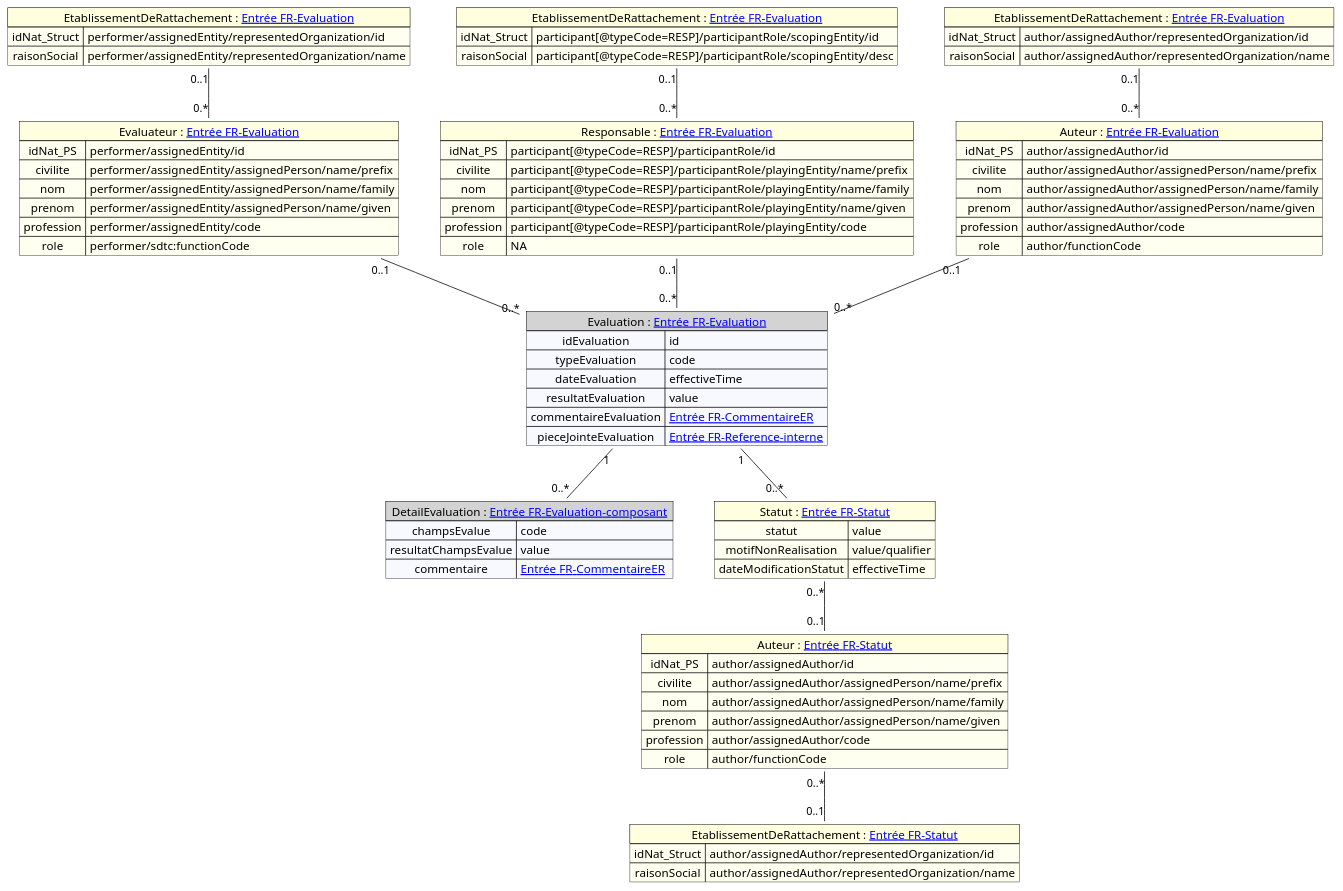
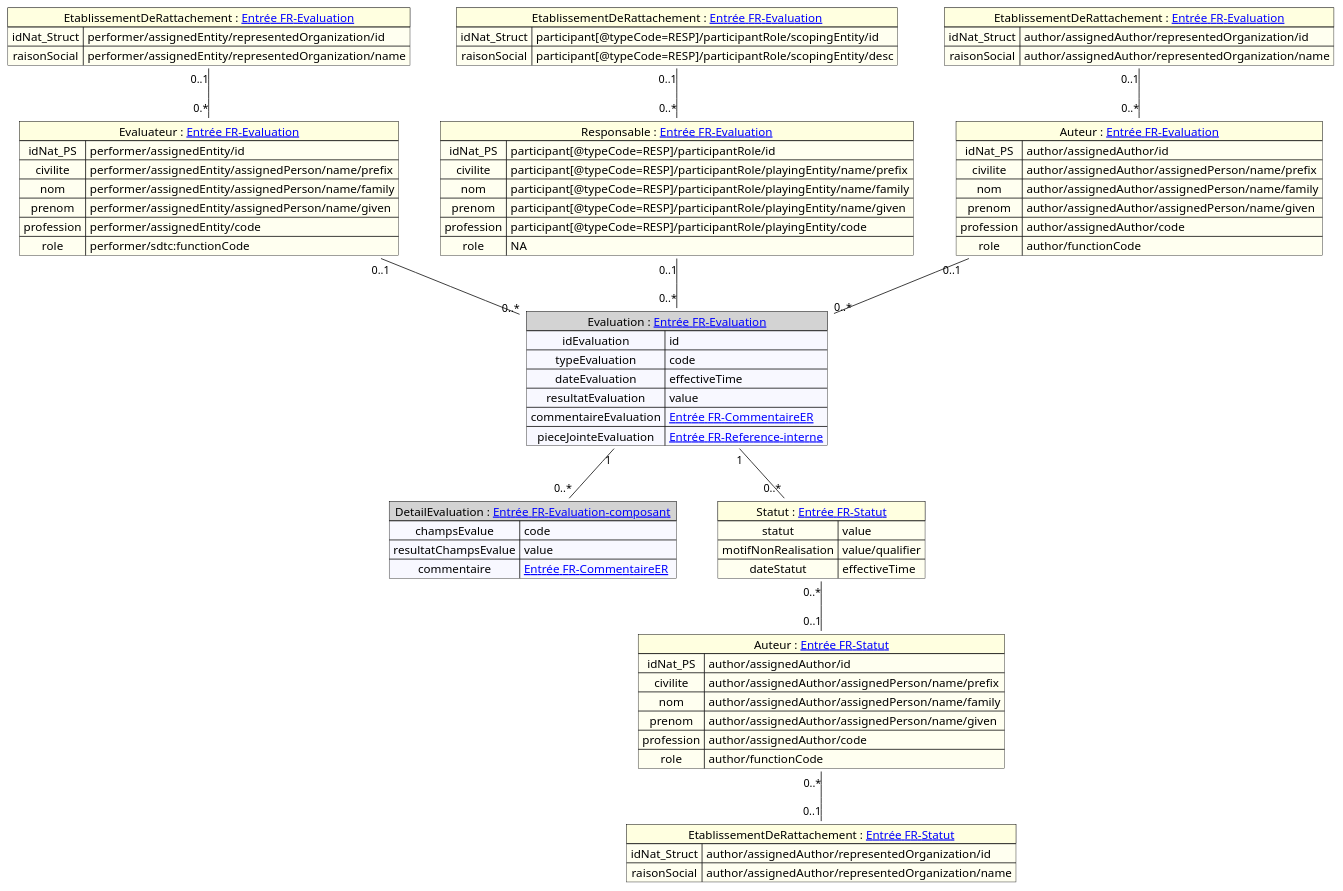
The diagram in input/images-source/mapping_evaluation.plantuml (ansforge/IG-fhir-transfert-donnees-dui-esms), drawn with PlantUML before and after one commit. The commit also changed 1 other file, not shown here.

Commit message:
Mapping_majDateStatut

```diff
--- a/input/images-source/mapping_evaluation.plantuml
+++ b/input/images-source/mapping_evaluation.plantuml
@@ -1,95 +1,95 @@
 @startuml
 
 
 map "Evaluation : [[contenu_dossier_corps_cda.html#entrée-fr-evaluation Entrée FR-Evaluation]]" as Evaluation #back:GhostWhite;header:LightGray{
     idEvaluation => id
     typeEvaluation => code
     dateEvaluation => effectiveTime
     resultatEvaluation => value
     commentaireEvaluation => [[contenu_dossier_corps_cda.html#entrée-fr-commentaire-er Entrée FR-CommentaireER]]
     pieceJointeEvaluation => [[contenu_dossier_corps_cda.html#entrée-fr-reference-interne Entrée FR-Reference-interne]]
 }
 
 
 map "DetailEvaluation : [[contenu_dossier_corps_cda.html#entrée-fr-evaluation-composant Entrée FR-Evaluation-composant]]" as DetailEvaluation #back:GhostWhite;header:LightGray{
     champsEvalue => code
     resultatChampsEvalue => value
     commentaire => [[contenu_dossier_corps_cda.html#entrée-fr-commentaire-er Entrée FR-CommentaireER]]
 }
 
 map "Evaluateur : [[contenu_dossier_corps_cda.html#entrée-fr-evaluation Entrée FR-Evaluation]]" as Evaluateur#back:Ivory;header:LightYellow {
     idNat_PS => performer/assignedEntity/id
     civilite => performer/assignedEntity/assignedPerson/name/prefix
     nom => performer/assignedEntity/assignedPerson/name/family
     prenom => performer/assignedEntity/assignedPerson/name/given
     profession => performer/assignedEntity/code
     role => performer/sdtc:functionCode
 }
 
 map "EtablissementDeRattachement : [[contenu_dossier_corps_cda.html#entrée-fr-evaluation Entrée FR-Evaluation]]" as etablissementDeRattachementEval #back:Ivory;header:LightYellow {
     idNat_Struct => performer/assignedEntity/representedOrganization/id
     raisonSocial => performer/assignedEntity/representedOrganization/name
 }
 
 map "Responsable : [[contenu_dossier_corps_cda.html#entrée-fr-evaluation Entrée FR-Evaluation]]" as Responsable#back:Ivory;header:LightYellow {
     idNat_PS => participant[@typeCode=RESP]/participantRole/id
     civilite => participant[@typeCode=RESP]/participantRole/playingEntity/name/prefix
     nom => participant[@typeCode=RESP]/participantRole/playingEntity/name/family
     prenom => participant[@typeCode=RESP]/participantRole/playingEntity/name/given
     profession => participant[@typeCode=RESP]/participantRole/playingEntity/code
     role => NA
 }
 
 map "EtablissementDeRattachement : [[contenu_dossier_corps_cda.html#entrée-fr-evaluation Entrée FR-Evaluation]]" as etablissementDeRattachementResp #back:Ivory;header:LightYellow {
     idNat_Struct => participant[@typeCode=RESP]/participantRole/scopingEntity/id
     raisonSocial => participant[@typeCode=RESP]/participantRole/scopingEntity/desc
 }
 
 map "Auteur : [[contenu_dossier_corps_cda.html#entrée-fr-evaluation Entrée FR-Evaluation]]" as Auteur#back:Ivory;header:LightYellow {
     idNat_PS => author/assignedAuthor/id
     civilite => author/assignedAuthor/assignedPerson/name/prefix
     nom => author/assignedAuthor/assignedPerson/name/family
     prenom => author/assignedAuthor/assignedPerson/name/given
     profession => author/assignedAuthor/code
     role => author/functionCode
 }
 
 map "EtablissementDeRattachement : [[contenu_dossier_corps_cda.html#entrée-fr-evaluation Entrée FR-Evaluation]]" as etablissementDeRattachementAuth #back:Ivory;header:LightYellow {
     idNat_Struct => author/assignedAuthor/representedOrganization/id
     raisonSocial => author/assignedAuthor/representedOrganization/name
 }
 
 map "Statut : [[contenu_dossier_corps_cda.html#entrée-fr-statut Entrée FR-Statut]]" as Statut #back:Ivory;header:LightYellow{
     statut => value
     motifNonRealisation => value/qualifier
-    dateModificationStatut => effectiveTime
+    dateStatut => effectiveTime
 }
 
 map "Auteur : [[contenu_dossier_corps_cda.html#entrée-fr-statut Entrée FR-Statut]]" as AuteurStatut #back:Ivory;header:LightYellow {
     idNat_PS => author/assignedAuthor/id
     civilite => author/assignedAuthor/assignedPerson/name/prefix
     nom => author/assignedAuthor/assignedPerson/name/family
     prenom => author/assignedAuthor/assignedPerson/name/given
     profession => author/assignedAuthor/code
     role => author/functionCode
 }
 
 map "EtablissementDeRattachement : [[contenu_dossier_corps_cda.html#entrée-fr-statut Entrée FR-Statut]]" as etablissementDeRattachementAuthStatut #back:Ivory;header:LightYellow {
     idNat_Struct => author/assignedAuthor/representedOrganization/id
     raisonSocial => author/assignedAuthor/representedOrganization/name
 }
 
 'Liens entre éléments
 Evaluateur "0..1" -- "0..*" Evaluation
 Responsable "0..1" -- "0..*" Evaluation
 Auteur "0..1" -- "0..*" Evaluation
 Evaluation "1" -- "0..*" DetailEvaluation
 Evaluation "1" -- "0..*" Statut
 etablissementDeRattachementResp "0..1" -- "0..*" Responsable
 etablissementDeRattachementEval "0..1" -- "0.*" Evaluateur
 etablissementDeRattachementAuth "0..1" -- "0..*" Auteur
 Statut "0..*" -- "0..1" AuteurStatut
 AuteurStatut "0..*" -- "0..1" etablissementDeRattachementAuthStatut
 
 
 @enduml
```
